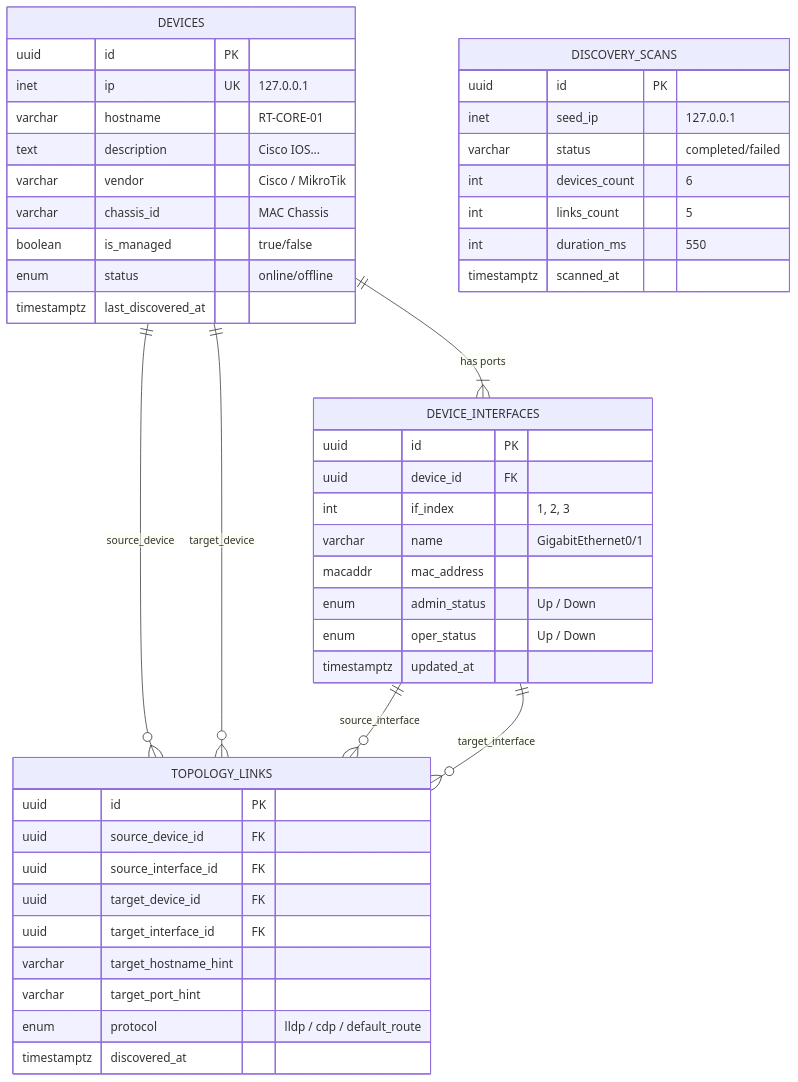
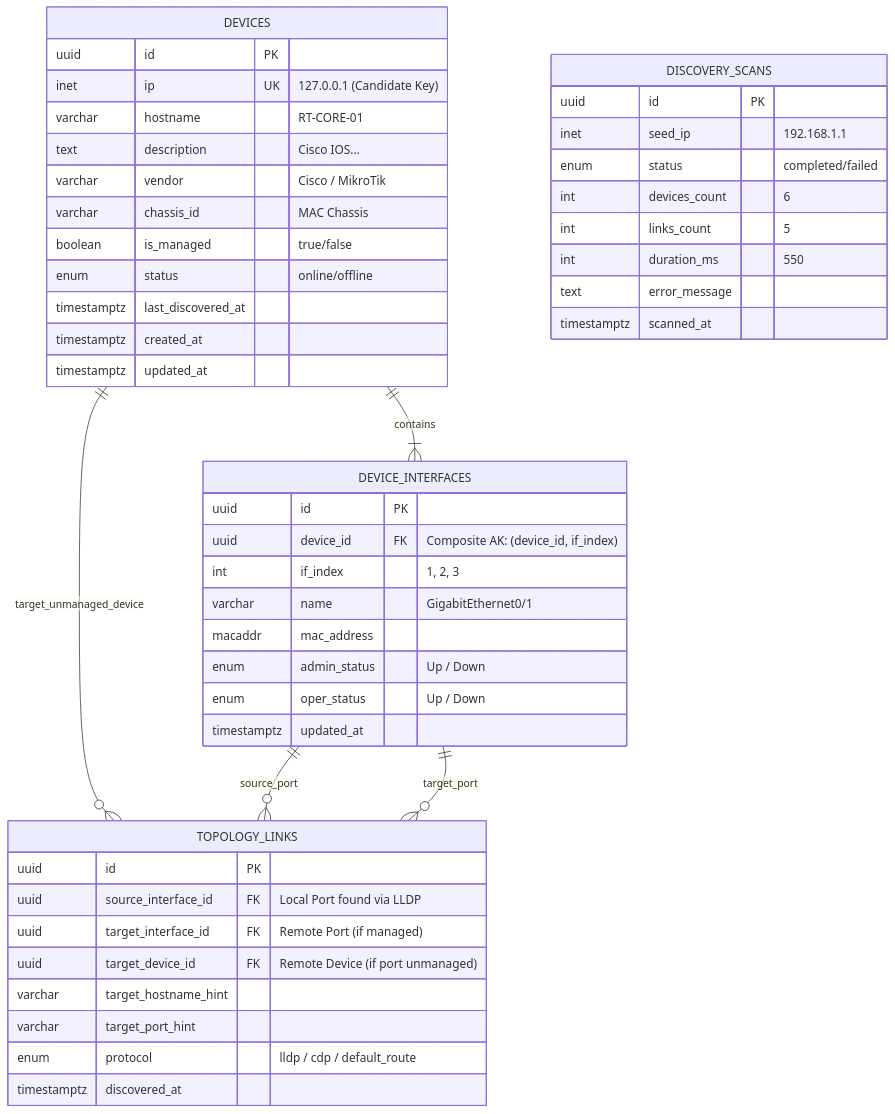
One commit to Mynetmate/docs changed the diagram in Database Design/04_Network Discovery/README.md. Above: the diagram before and after it, drawn with Mermaid. The commit also changed other lines of this file and 7 other files, not shown here.

````diff
--- a/Database Design/04_Network Discovery/README.md
+++ b/Database Design/04_Network Discovery/README.md
@@ -19,53 +19,54 @@
 ```mermaid
 erDiagram
-    DEVICES ||--|{ DEVICE_INTERFACES : "has ports"
-    DEVICES ||--o{ TOPOLOGY_LINKS : "source_device"
-    DEVICES ||--o{ TOPOLOGY_LINKS : "target_device"
-    DEVICE_INTERFACES ||--o{ TOPOLOGY_LINKS : "source_interface"
-    DEVICE_INTERFACES ||--o{ TOPOLOGY_LINKS : "target_interface"
+    DEVICES ||--|{ DEVICE_INTERFACES : "contains"
+    DEVICES ||--o{ TOPOLOGY_LINKS : "target_unmanaged_device"
+    DEVICE_INTERFACES ||--o{ TOPOLOGY_LINKS : "source_port"
+    DEVICE_INTERFACES ||--o{ TOPOLOGY_LINKS : "target_port"
 
     DEVICES {
         uuid id PK
-        inet ip UK "127.0.0.1"
+        inet ip UK "127.0.0.1 (Candidate Key)"
         varchar hostname "RT-CORE-01"
         text description "Cisco IOS..."
         varchar vendor "Cisco / MikroTik"
         varchar chassis_id "MAC Chassis"
         boolean is_managed "true/false"
         enum status "online/offline"
         timestamptz last_discovered_at
+        timestamptz created_at
+        timestamptz updated_at
     }
 
     DEVICE_INTERFACES {
         uuid id PK
-        uuid device_id FK
+        uuid device_id FK "Composite AK: (device_id, if_index)"
         int if_index "1, 2, 3"
         varchar name "GigabitEthernet0/1"
         macaddr mac_address
         enum admin_status "Up / Down"
         enum oper_status "Up / Down"
         timestamptz updated_at
     }
 
     TOPOLOGY_LINKS {
         uuid id PK
-        uuid source_device_id FK
-        uuid source_interface_id FK
-        uuid target_device_id FK
-        uuid target_interface_id FK
+        uuid source_interface_id FK "Local Port found via LLDP"
+        uuid target_interface_id FK "Remote Port (if managed)"
+        uuid target_device_id FK "Remote Device (if port unmanaged)"
         varchar target_hostname_hint
         varchar target_port_hint
         enum protocol "lldp / cdp / default_route"
         timestamptz discovered_at
     }
 
     DISCOVERY_SCANS {
         uuid id PK
-        inet seed_ip "127.0.0.1"
-        varchar status "completed/failed"
+        inet seed_ip "192.168.1.1"
+        enum status "completed/failed"
         int devices_count "6"
         int links_count "5"
         int duration_ms "550"
+        text error_message
         timestamptz scanned_at
     }
 ```
````
